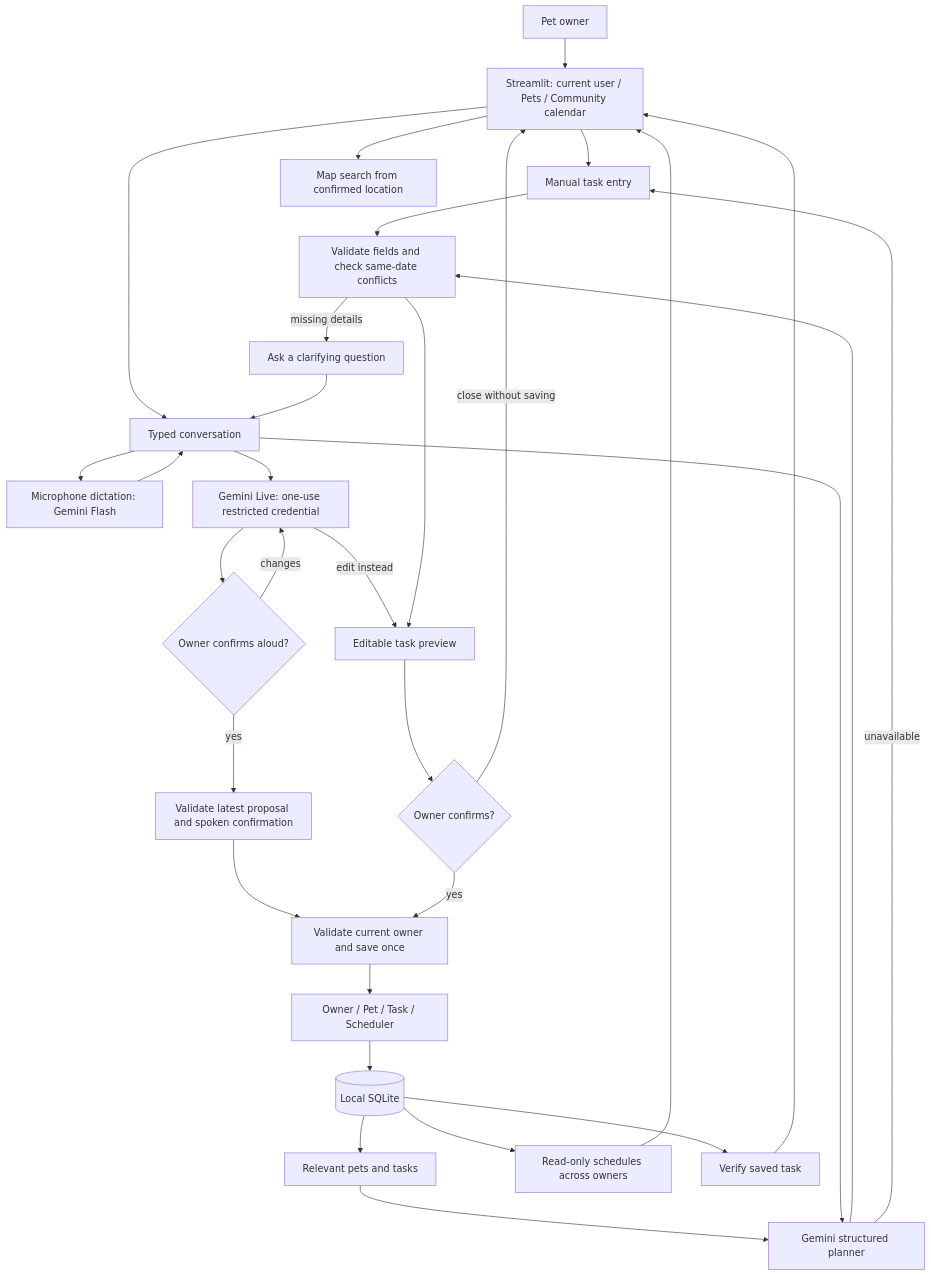
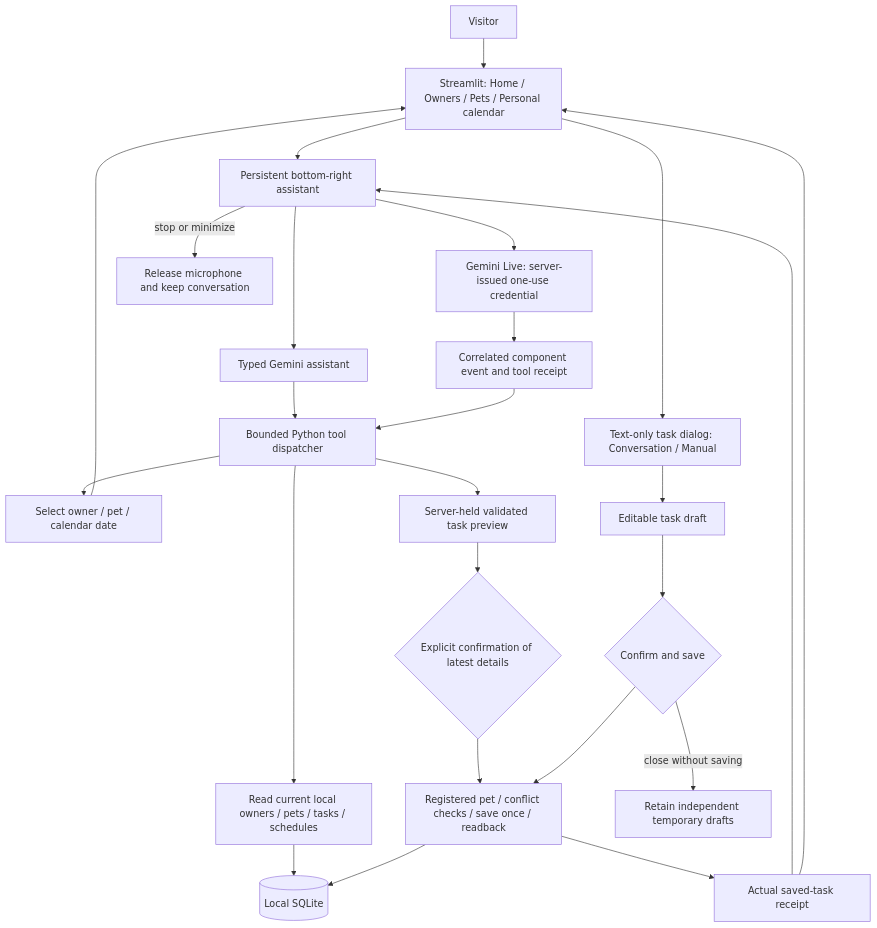
The diagram in diagrams/architecture.mmd (antunishdPursuit/pawpal-ai-planner), drawn with Mermaid before and after one commit. The commit also changed 13 other files, not shown here.

Commit message:
feat(assistant): integrate persistent chat voice and confirmed app actions

```diff
--- a/diagrams/architecture.mmd
+++ b/diagrams/architecture.mmd
@@ -1,31 +1,25 @@
 flowchart TD
-    User[Pet owner] --> UI[Streamlit: current user / Pets / Community calendar]
-    UI --> Manual[Manual task entry]
-    UI --> Conversation[Typed conversation]
-    Store[(Local SQLite)] --> Context[Relevant pets and tasks]
-    Context --> Gemini[Gemini structured planner]
-    Conversation --> Gemini
-    Conversation --> Dictation[Microphone dictation: Gemini Flash]
-    Dictation --> Conversation
-    Conversation --> Live[Gemini Live: one-use restricted credential]
-    Live --> Spoken{Owner confirms aloud?}
-    Spoken -->|changes| Live
-    Spoken -->|yes| VoiceSave[Validate latest proposal and spoken confirmation]
-    VoiceSave --> Service
-    Live -->|edit instead| Preview
-    Store --> Shared[Read-only schedules across owners]
-    Shared --> UI
-    Gemini --> Validator[Validate fields and check same-date conflicts]
-    Manual --> Validator
-    Validator -->|missing details| Clarify[Ask a clarifying question]
-    Clarify --> Conversation
-    Validator --> Preview[Editable task preview]
-    Preview --> Confirm{Owner confirms?}
-    Confirm -->|close without saving| UI
-    Confirm -->|yes| Service[Validate current owner and save once]
-    Service --> Domain[Owner / Pet / Task / Scheduler]
-    Domain --> Store
-    Store --> Readback[Verify saved task]
-    Readback --> UI
-    Gemini -->|unavailable| Manual
-    UI --> Maps[Map search from confirmed location]
+    User[Visitor] --> UI[Streamlit: Home / Owners / Pets / Personal calendar]
+    UI --> Assistant[Persistent bottom-right assistant]
+    Assistant --> Typed[Typed Gemini assistant]
+    Assistant --> Live[Gemini Live: server-issued one-use credential]
+    Typed --> Actions[Bounded Python tool dispatcher]
+    Live --> Bridge[Correlated component event and tool receipt]
+    Bridge --> Actions
+    Actions --> Lookup[Read current local owners / pets / tasks / schedules]
+    Lookup --> Store[(Local SQLite)]
+    Actions --> Navigation[Select owner / pet / calendar date]
+    Navigation --> UI
+    Actions --> Preview[Server-held validated task preview]
+    Preview --> Confirm{Explicit confirmation of latest details}
+    Confirm --> Save[Registered pet / conflict checks / save once / readback]
+    Save --> Store
+    Save --> Receipt[Actual saved-task receipt]
+    Receipt --> Assistant
+    Receipt --> UI
+    UI --> Dialog[Text-only task dialog: Conversation / Manual]
+    Dialog --> Draft[Editable task draft]
+    Draft --> DialogConfirm{Confirm and save}
+    DialogConfirm --> Save
+    DialogConfirm -->|close without saving| Retain[Retain independent temporary drafts]
+    Assistant -->|stop or minimize| Release[Release microphone and keep conversation]
```
